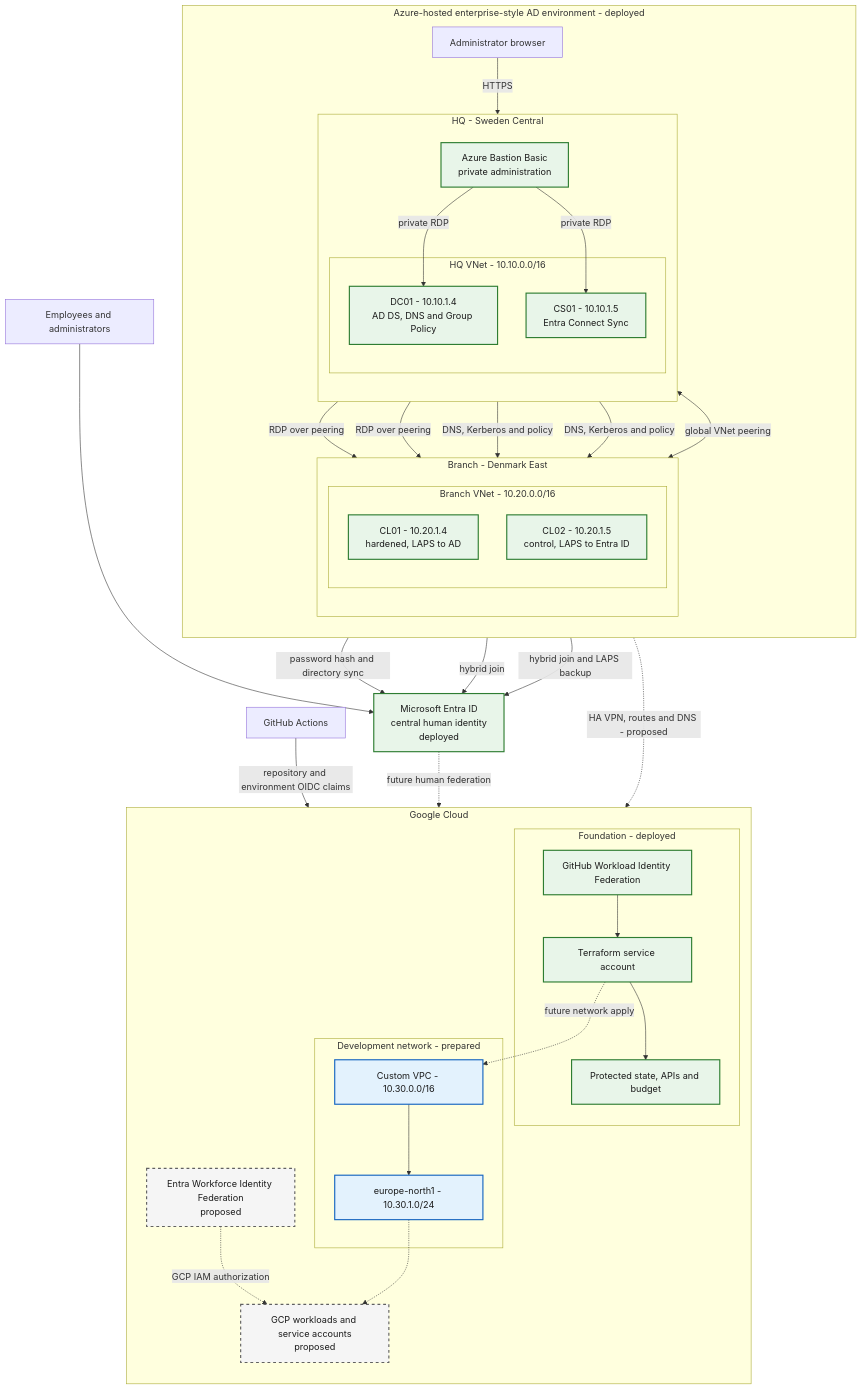
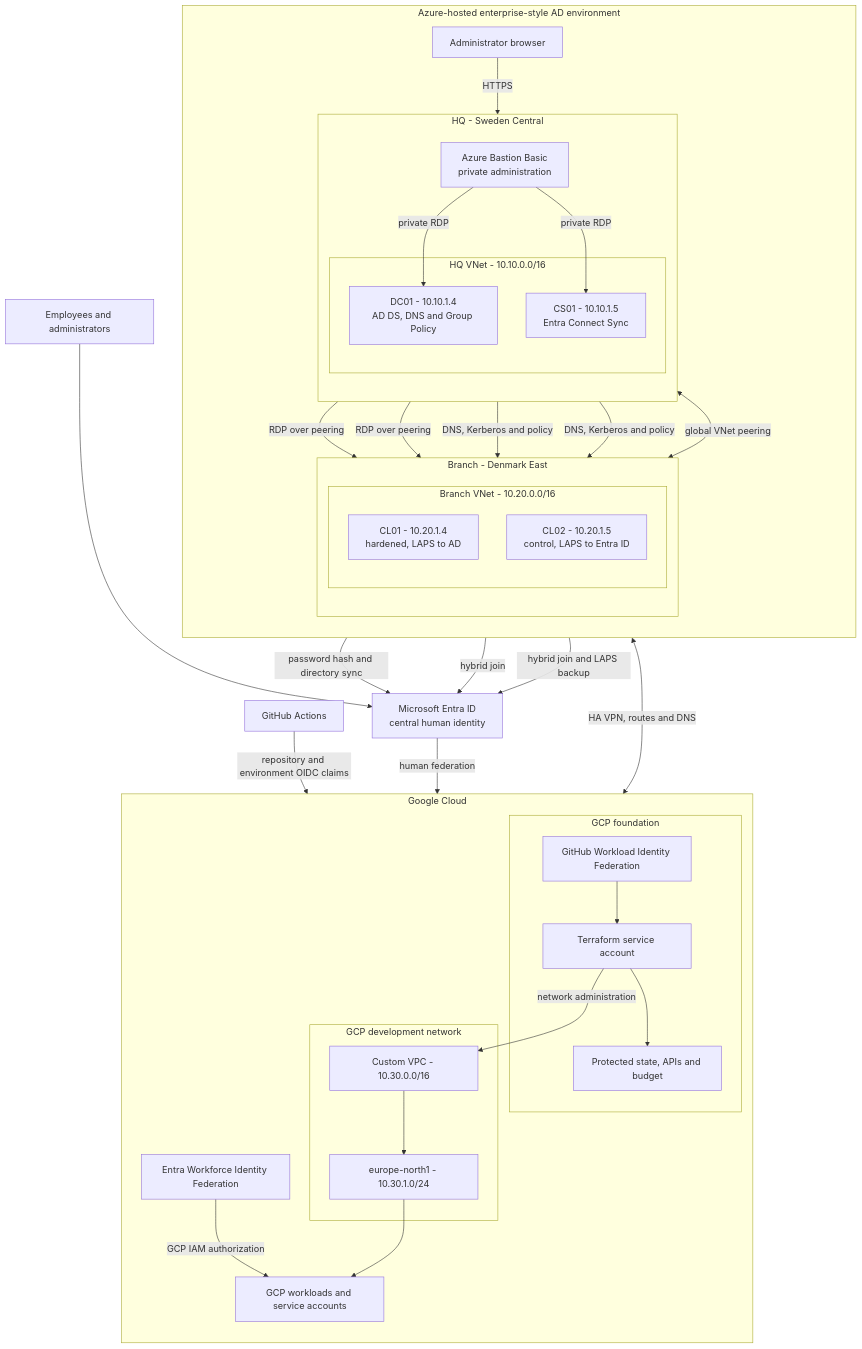
One commit to sindredg/hybrid-cloud-infra-and-identities changed the diagram in docs/architecture/hybrid.md. Above: the diagram before and after it, drawn with Mermaid. The commit also changed other lines of this file and 2 other files, not shown here.

Commit message:
Improved architecture diagrams

````diff
--- a/docs/architecture/hybrid.md
+++ b/docs/architecture/hybrid.md
@@ -15,74 +18,68 @@
 ```mermaid
 flowchart TB
     People["Employees and administrators"]
     GitHub["GitHub Actions"]
-    Entra["Microsoft Entra ID<br/>central human identity<br/>deployed"]
+    Entra["Microsoft Entra ID<br/>central human identity"]
 
-    subgraph Azure["Azure-hosted enterprise-style AD environment - deployed"]
+    subgraph Azure["Azure-hosted enterprise-style AD environment"]
         direction TB
         Admin["Administrator browser"]
 
         subgraph HQ["HQ - Sweden Central"]
             direction TB
             Bastion["Azure Bastion Basic<br/>private administration"]
             subgraph HQVNet["HQ VNet - 10.10.0.0/16"]
                 DC01["DC01 - 10.10.1.4<br/>AD DS, DNS and Group Policy"]
                 CS01["CS01 - 10.10.1.5<br/>Entra Connect Sync"]
             end
         end
 
         subgraph Branch["Branch - Denmark East"]
             direction TB
             subgraph BranchVNet["Branch VNet - 10.20.0.0/16"]
                 CL01["CL01 - 10.20.1.4<br/>hardened, LAPS to AD"]
                 CL02["CL02 - 10.20.1.5<br/>control, LAPS to Entra ID"]
             end
         end
 
         Admin -->|"HTTPS"| Bastion
         Bastion -->|"private RDP"| DC01
         Bastion -->|"private RDP"| CS01
         Bastion -->|"RDP over peering"| CL01
         Bastion -->|"RDP over peering"| CL02
         HQVNet <-->|"global VNet peering"| BranchVNet
         DC01 -->|"DNS, Kerberos and policy"| CL01
         DC01 -->|"DNS, Kerberos and policy"| CL02
     end
 
     subgraph Google["Google Cloud"]
         direction TB
-        subgraph GCPFoundation["Foundation - deployed"]
+        subgraph GCPFoundation["GCP foundation"]
             GitHubWIF["GitHub Workload Identity Federation"]
             TFSA["Terraform service account"]
             State["Protected state, APIs and budget"]
             GitHubWIF --> TFSA --> State
         end
 
-        subgraph GCPNetwork["Development network - prepared"]
+        subgraph GCPNetwork["GCP development network"]
             GCPVPC["Custom VPC - 10.30.0.0/16"]
             GCPSubnet["europe-north1 - 10.30.1.0/24"]
             GCPVPC --> GCPSubnet
         end
 
-        Workforce["Entra Workforce Identity Federation<br/>proposed"]
-        GCPWorkloads["GCP workloads and service accounts<br/>proposed"]
+        Workforce["Entra Workforce Identity Federation"]
+        GCPWorkloads["GCP workloads and service accounts"]
     end
 
     People --> Entra
     CS01 -->|"password hash and directory sync"| Entra
     CL01 -->|"hybrid join"| Entra
     CL02 -->|"hybrid join and LAPS backup"| Entra
     GitHub -->|"repository and environment OIDC claims"| GitHubWIF
-    Entra -. "future human federation" .-> Workforce
-    TFSA -. "future network apply" .-> GCPVPC
-    HQVNet -. "HA VPN, routes and DNS - proposed" .-> GCPVPC
-    Workforce -. "GCP IAM authorization" .-> GCPWorkloads
-    GCPSubnet -.-> GCPWorkloads
+    Entra -->|"human federation"| Workforce
+    TFSA -->|"network administration"| GCPVPC
+    HQVNet <-->|"HA VPN, routes and DNS"| GCPVPC
+    Workforce -->|"GCP IAM authorization"| GCPWorkloads
+    GCPSubnet --> GCPWorkloads
 
-    classDef deployed fill:#e8f5e9,stroke:#2e7d32,color:#1b1b1b,stroke-width:2px;
-    classDef prepared fill:#e3f2fd,stroke:#1565c0,color:#1b1b1b,stroke-width:2px;
-    classDef proposed fill:#f5f5f5,stroke:#616161,color:#1b1b1b,stroke-width:2px,stroke-dasharray:5 5;
-    class Entra,Bastion,DC01,CS01,CL01,CL02,GitHubWIF,TFSA,State deployed;
-    class GCPVPC,GCPSubnet prepared;
-    class Workforce,GCPWorkloads proposed;
 ```
````
